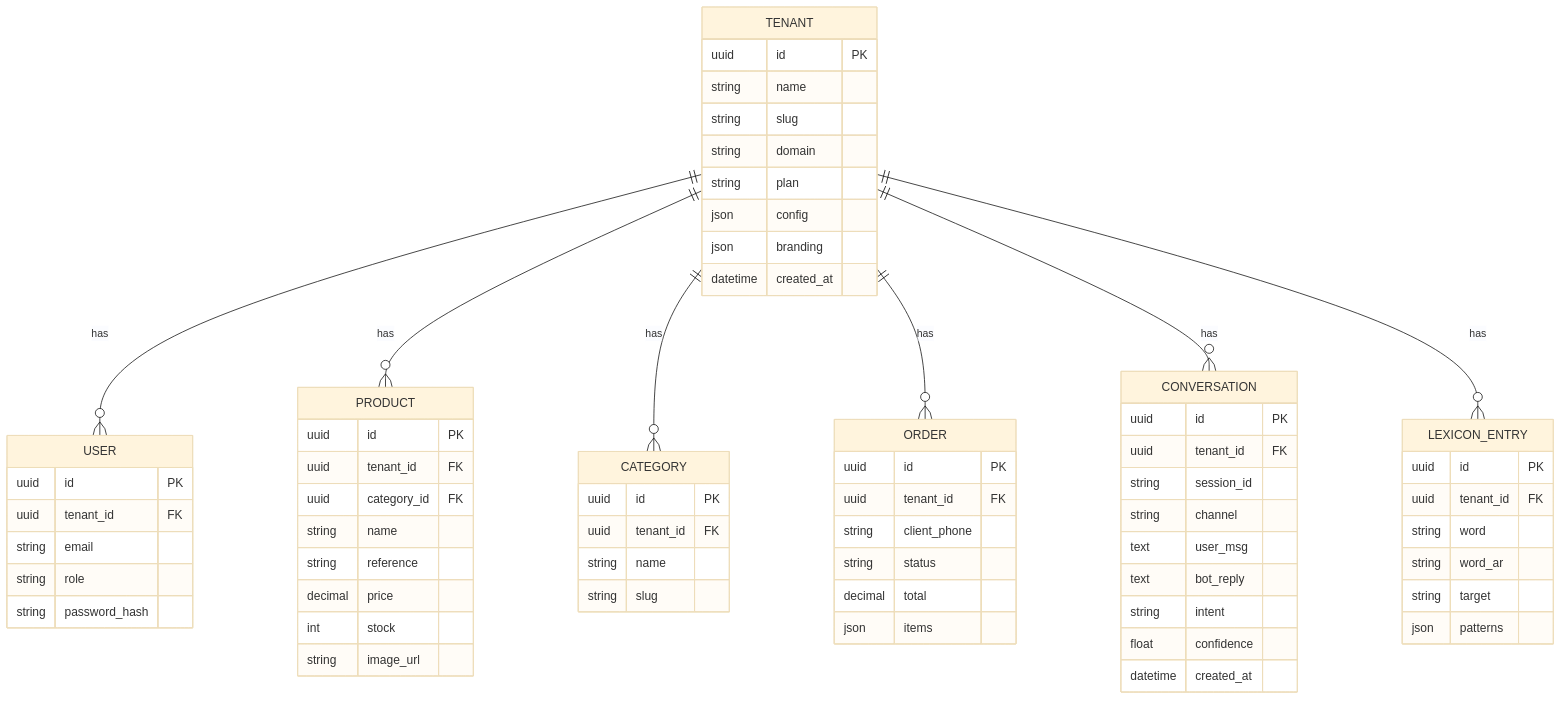
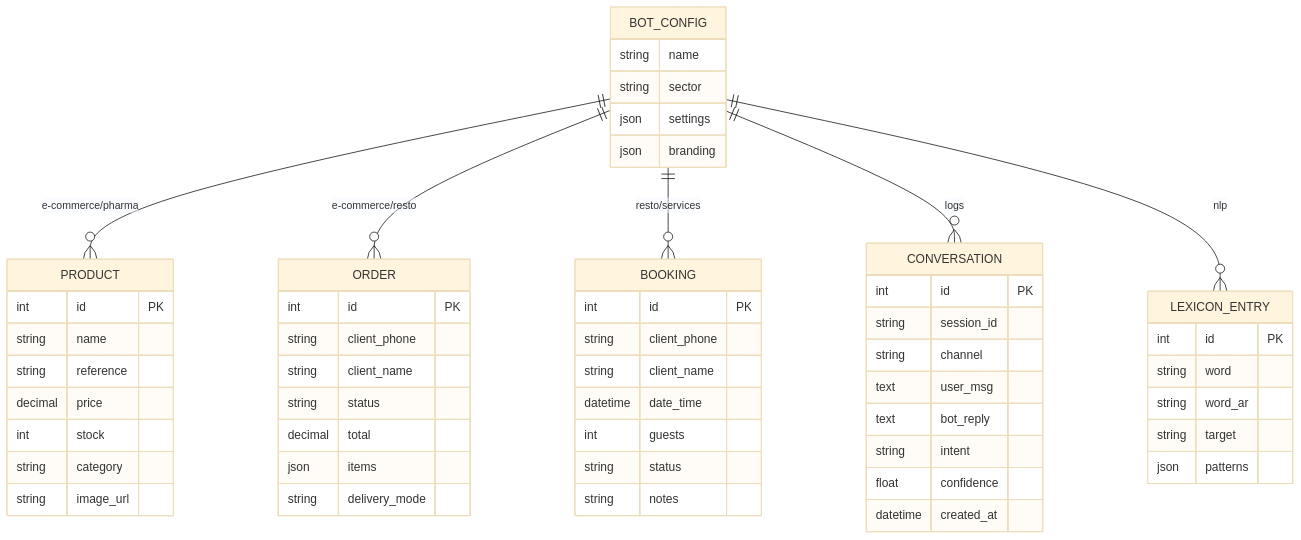
Before and after one commit to courifadza-wq/ChatBot-khimissi: the third of 4 diagrams in FRAMEWORK-ROADMAP.md, drawn with Mermaid (base theme). The commit also changed other lines of this file, not shown here.

Commit message:
docs: rewrite roadmap - independent bot per client (not multi-tenant), flows per sector

````diff
--- a/FRAMEWORK-ROADMAP.md
+++ b/FRAMEWORK-ROADMAP.md
@@ -267,69 +257,58 @@
 ```mermaid
 erDiagram
-    TENANT ||--o{ USER : has
-    TENANT ||--o{ PRODUCT : has
-    TENANT ||--o{ CATEGORY : has
-    TENANT ||--o{ ORDER : has
-    TENANT ||--o{ CONVERSATION : has
-    TENANT ||--o{ LEXICON_ENTRY : has
-    TENANT {
-        uuid id PK
+    BOT_CONFIG {
         string name
-        string slug
-        string domain
-        string plan
-        json config
+        string sector
+        json settings
         json branding
-        datetime created_at
-    }
-    USER {
-        uuid id PK
-        uuid tenant_id FK
-        string email
-        string role
-        string password_hash
     }
     PRODUCT {
-        uuid id PK
-        uuid tenant_id FK
-        uuid category_id FK
+        int id PK
         string name
         string reference
         decimal price
         int stock
+        string category
         string image_url
     }
-    CATEGORY {
-        uuid id PK
-        uuid tenant_id FK
-        string name
-        string slug
-    }
     ORDER {
-        uuid id PK
-        uuid tenant_id FK
+        int id PK
         string client_phone
+        string client_name
         string status
         decimal total
         json items
+        string delivery_mode
+    }
+    BOOKING {
+        int id PK
+        string client_phone
+        string client_name
+        datetime date_time
+        int guests
+        string status
+        string notes
     }
     CONVERSATION {
-        uuid id PK
-        uuid tenant_id FK
+        int id PK
         string session_id
         string channel
         text user_msg
         text bot_reply
         string intent
         float confidence
         datetime created_at
     }
     LEXICON_ENTRY {
-        uuid id PK
-        uuid tenant_id FK
+        int id PK
         string word
         string word_ar
         string target
         json patterns
     }
+    BOT_CONFIG ||--o{ PRODUCT : "e-commerce/pharma"
+    BOT_CONFIG ||--o{ ORDER : "e-commerce/resto"
+    BOT_CONFIG ||--o{ BOOKING : "resto/services"
+    BOT_CONFIG ||--o{ CONVERSATION : logs
+    BOT_CONFIG ||--o{ LEXICON_ENTRY : nlp
 ```
````
